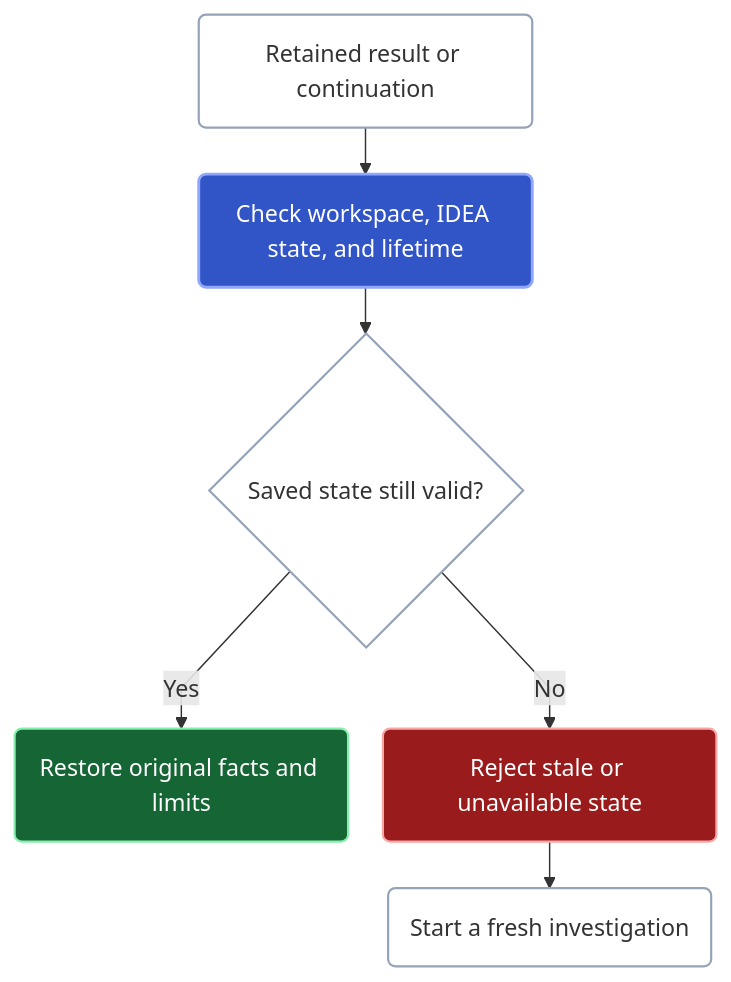
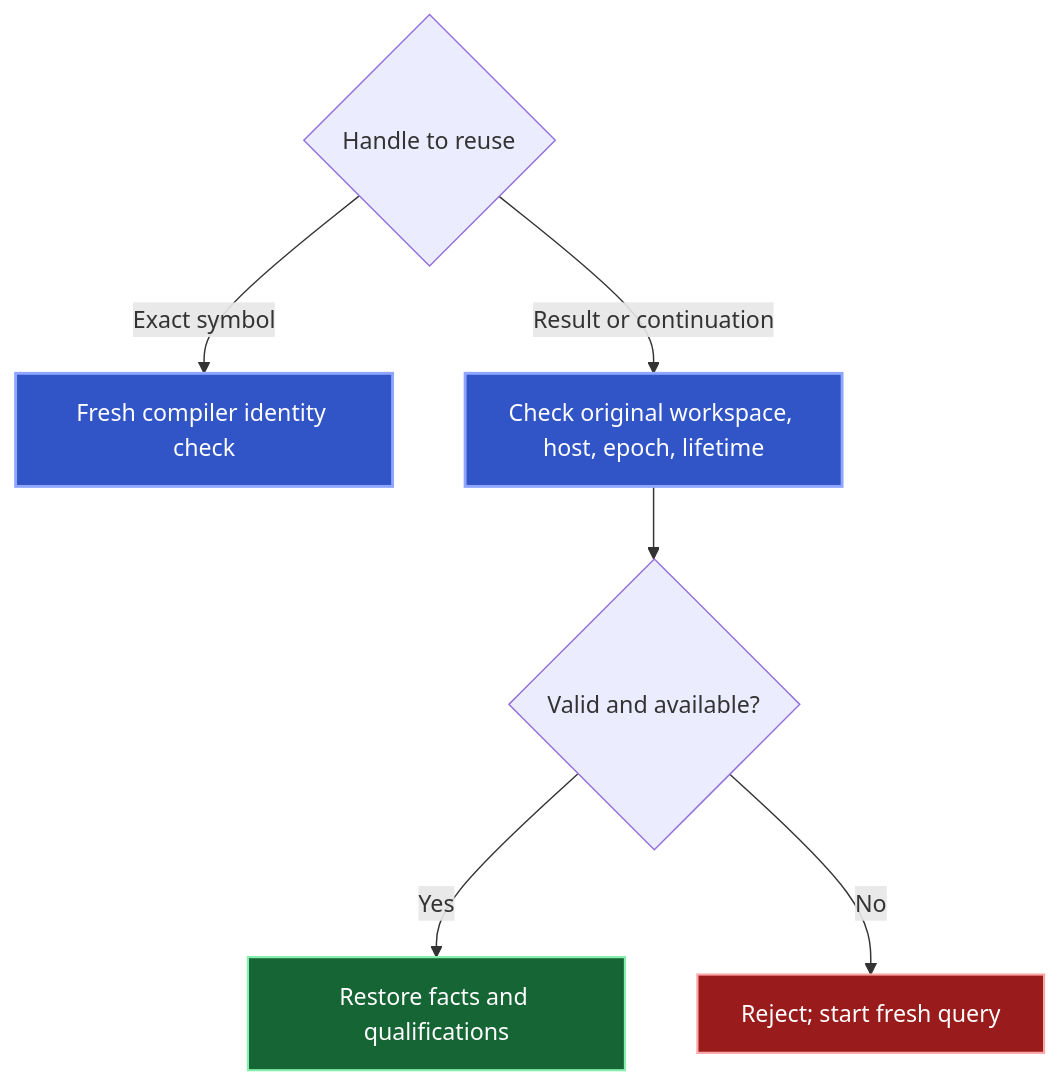
The second of 2 diagrams in docs/public/reference/responses.mdx (amichne/kast), drawn with Mermaid before and after one commit. The commit also changed other lines of this file and 23 other files, not shown here.

Commit message:
admin-mcp/concise-docs-and-purposeful-diagrams-faa385d (#929)

````diff
--- a/docs/public/reference/responses.mdx
+++ b/docs/public/reference/responses.mdx
@@ -117,18 +87,17 @@
 ```mermaid
-%%{init: {"flowchart": {"curve": "linear", "nodeSpacing": 24, "rankSpacing": 32}}}%%
 flowchart TB
-  accTitle: Kast checks retained state before reuse
-  accDescr: Kast checks the workspace, owning IDEA instance, read state, and lifetime of a retained result or continuation. Valid saved state restores the original facts and limits. Stale or unavailable state requires a fresh query.
-  A("Retained result or continuation") --> B("Check workspace, IDEA state, and lifetime")
-  B --> C{"Saved state still valid?"}
-  C -->|Yes| D("Restore original facts and limits")
-  C -->|No| E("Reject stale or unavailable state")
-  E --> F("Start a fresh investigation")
-  classDef default fill:transparent,stroke:#94A3B8,stroke-width:1.5px;
+  accTitle: Exact symbols and retained execution have different reuse rules
+  accDescr: Exact symbol references can undergo fresh compiler identity checks. Retained rows and continuations require their original workspace, host, read state, and lifetime. Invalid state requires a new query.
+  H{"Handle to reuse"} -->|Exact symbol| E["Fresh compiler identity check"]
+  H -->|Result or continuation| S["Check original workspace, host, epoch, lifetime"]
+  S --> V{"Valid and available?"}
+  V -->|Yes| R["Restore facts and qualifications"]
+  V -->|No| N["Reject; start fresh query"]
+  class E,S authority;
+  class R evidence;
+  class N rejected;
   classDef authority fill:#3154C7,color:#FFFFFF,stroke:#8FA7FF,stroke-width:2px;
   classDef evidence fill:#166534,color:#FFFFFF,stroke:#86EFAC,stroke-width:1.5px;
+  classDef limited fill:#92400E,color:#FFFFFF,stroke:#FCD34D,stroke-width:1.5px;
   classDef rejected fill:#991B1B,color:#FFFFFF,stroke:#FCA5A5,stroke-width:1.5px;
-  class B authority;
-  class D evidence;
-  class E rejected;
 ```
````
